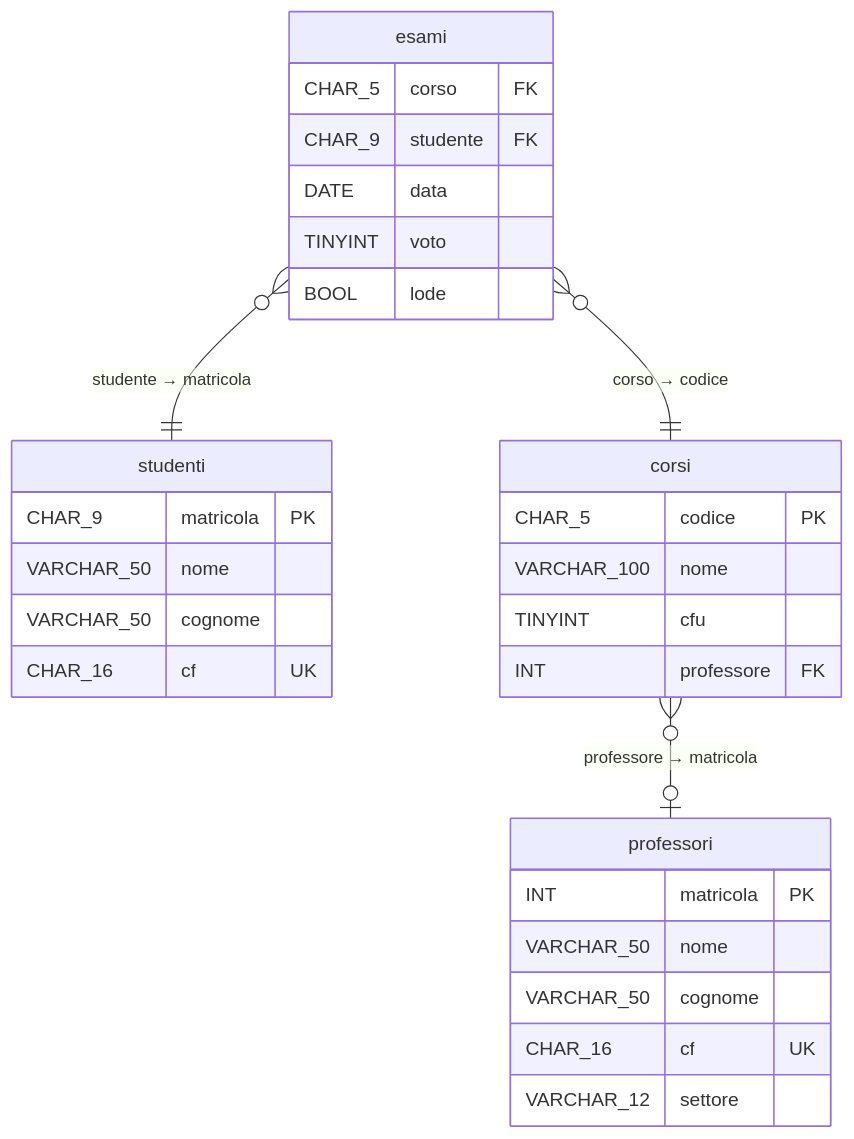
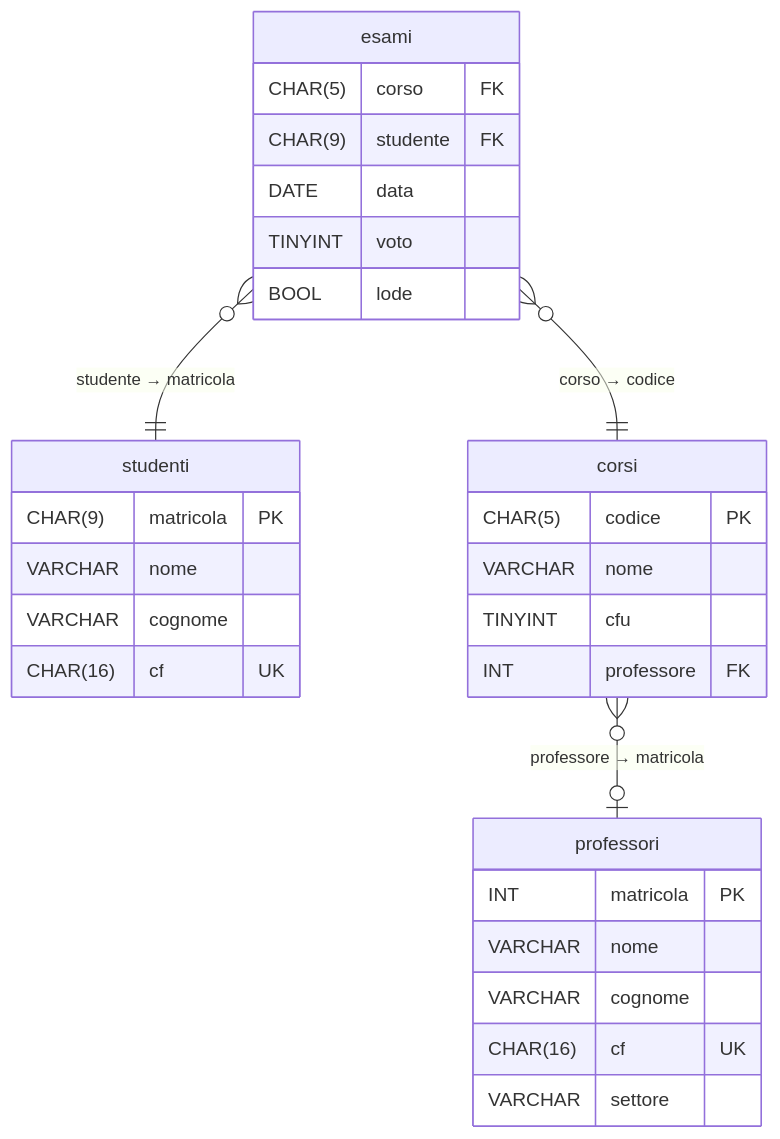
One commit to mauro-farina/database-2026 changed the diagram in database.md. Above: the diagram before and after it, drawn with Mermaid.

````diff
--- a/database.md
+++ b/database.md
@@ -1,33 +1,33 @@
 ```mermaid
 erDiagram
     studenti {
-        CHAR_9 matricola PK
-        VARCHAR_50 nome
-        VARCHAR_50 cognome
-        CHAR_16 cf UK
+        CHAR(9) matricola PK
+        VARCHAR nome
+        VARCHAR cognome
+        CHAR(16) cf UK
     }
     professori {
         INT matricola PK
-        VARCHAR_50 nome
-        VARCHAR_50 cognome
-        CHAR_16 cf UK
-        VARCHAR_12 settore
+        VARCHAR nome
+        VARCHAR cognome
+        CHAR(16) cf UK
+        VARCHAR settore
     }
     corsi {
-        CHAR_5 codice PK
-        VARCHAR_100 nome
+        CHAR(5) codice PK
+        VARCHAR nome
         TINYINT cfu
         INT professore FK
     }
     esami {
-        CHAR_5 corso FK
-        CHAR_9 studente FK
+        CHAR(5) corso FK
+        CHAR(9) studente FK
         DATE data
         TINYINT voto
         BOOL lode
     }
 
     corsi }o--o| professori : "professore → matricola"
     esami }o--|| corsi : "corso → codice"
     esami }o--|| studenti : "studente → matricola"
 ```
````
